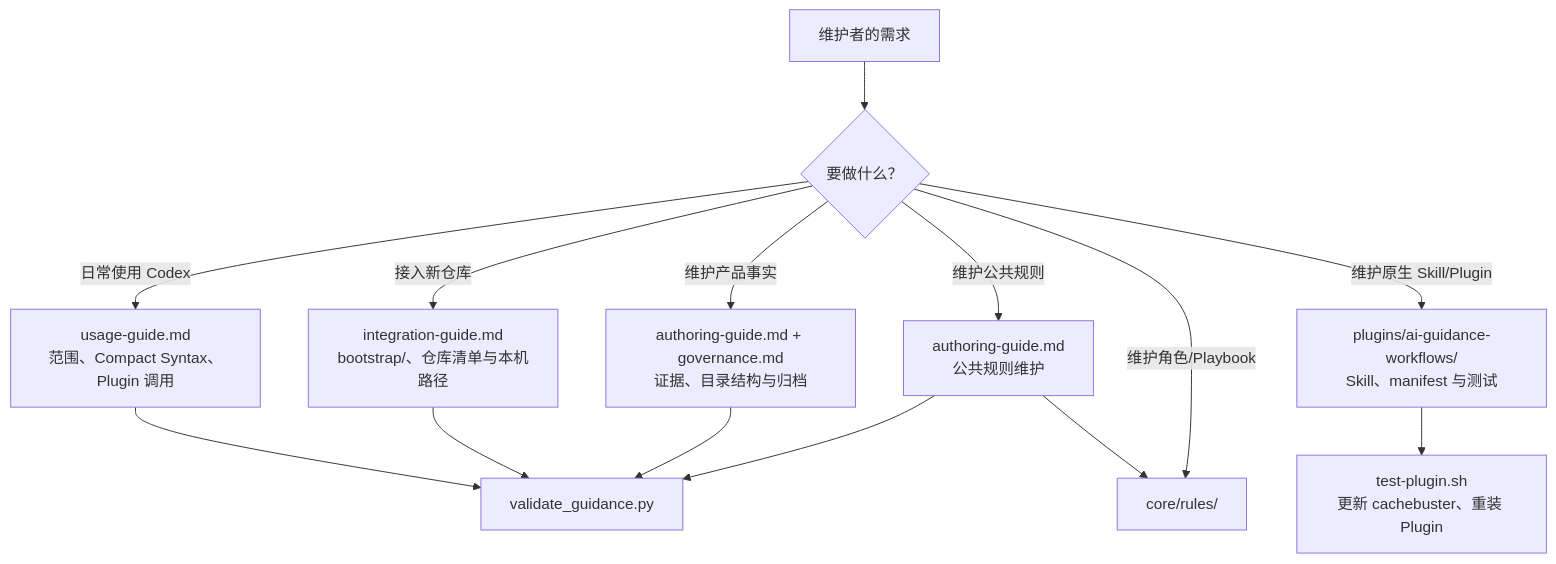
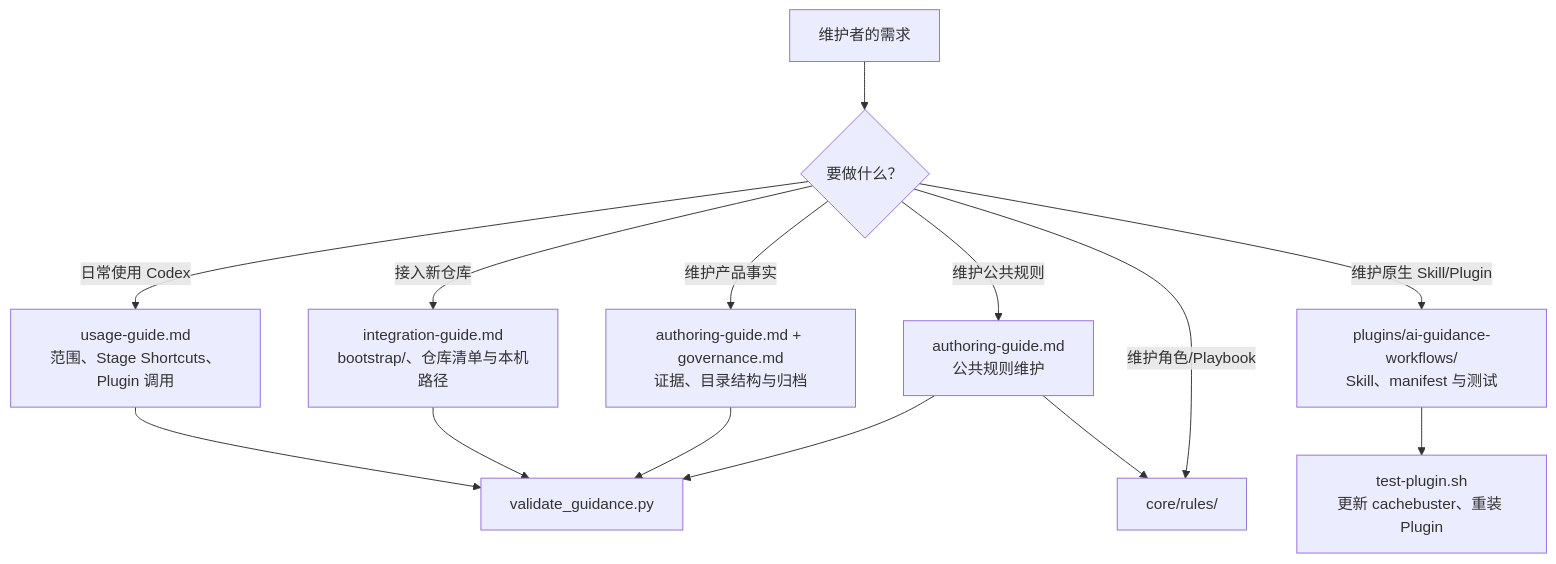
The second of 2 diagrams in docs/guides/project-guide.md (cnxutu/tu-engineering-workbench), drawn with Mermaid before and after one commit. The commit also changed other lines of this file and 23 other files, not shown here.

````diff
--- a/docs/guides/project-guide.md
+++ b/docs/guides/project-guide.md
@@ -62,15 +62,15 @@
 ```mermaid
 flowchart TD
     M[维护者的需求] --> T{要做什么？}
-    T -->|日常使用 Codex| U[usage-guide.md\n范围、Compact Syntax、Plugin 调用]
+    T -->|日常使用 Codex| U[usage-guide.md\n范围、Stage Shortcuts、Plugin 调用]
     T -->|接入新仓库| I[integration-guide.md\nbootstrap/、仓库清单与本机路径]
     T -->|维护产品事实| A[authoring-guide.md + governance.md\n证据、目录结构与归档]
     T -->|维护公共规则| R[authoring-guide.md\n公共规则维护] --> C[core/rules/]
     T -->|维护角色/Playbook| C
     T -->|维护原生 Skill/Plugin| P[plugins/ai-guidance-workflows/\nSkill、manifest 与测试]
     U --> V[validate_guidance.py]
     I --> V
     A --> V
     R --> V
     P --> PT[test-plugin.sh\n更新 cachebuster、重装 Plugin]
 ```
````
